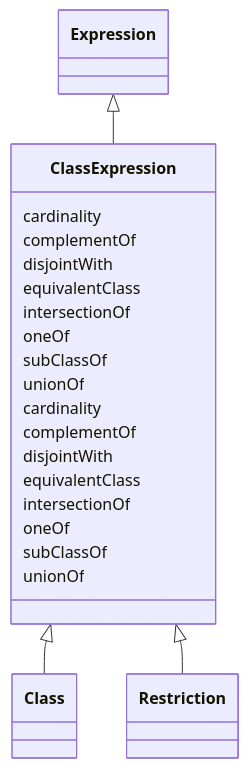
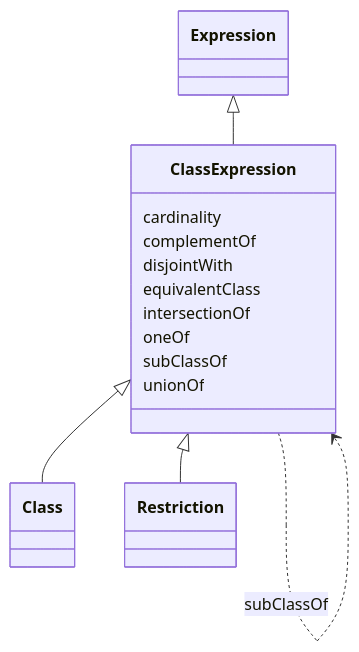
The diagram in ontology-metadata/ClassExpression.md (INCATools/ontology-access-kit), drawn with Mermaid before and after one commit. The commit also changed other lines of this file and 1783 other files, not shown here.

````diff
--- a/ontology-metadata/ClassExpression.md
+++ b/ontology-metadata/ClassExpression.md
@@ -9,28 +9,36 @@
 ```{mermaid}
  classDiagram
     class ClassExpression
       Expression <|-- ClassExpression
       
-      ClassExpression : cardinality
-      ClassExpression : complementOf
-      ClassExpression : disjointWith
-      ClassExpression : equivalentClass
-      ClassExpression : intersectionOf
-      ClassExpression : oneOf
-      ClassExpression : subClassOf
-      ClassExpression : unionOf
-      
 
       ClassExpression <|-- Class
       ClassExpression <|-- Restriction
       
+      
       ClassExpression : cardinality
+        
       ClassExpression : complementOf
+        
       ClassExpression : disjointWith
+        
       ClassExpression : equivalentClass
+        
+          ClassExpression ..> ClassExpression : equivalentClass
+        
       ClassExpression : intersectionOf
+        
+          ClassExpression ..> ClassExpression : intersectionOf
+        
       ClassExpression : oneOf
+        
+          ClassExpression ..> ClassExpression : oneOf
+        
       ClassExpression : subClassOf
+        
+          ClassExpression ..> ClassExpression : subClassOf
+        
       ClassExpression : unionOf
+        
       
 ```
````
